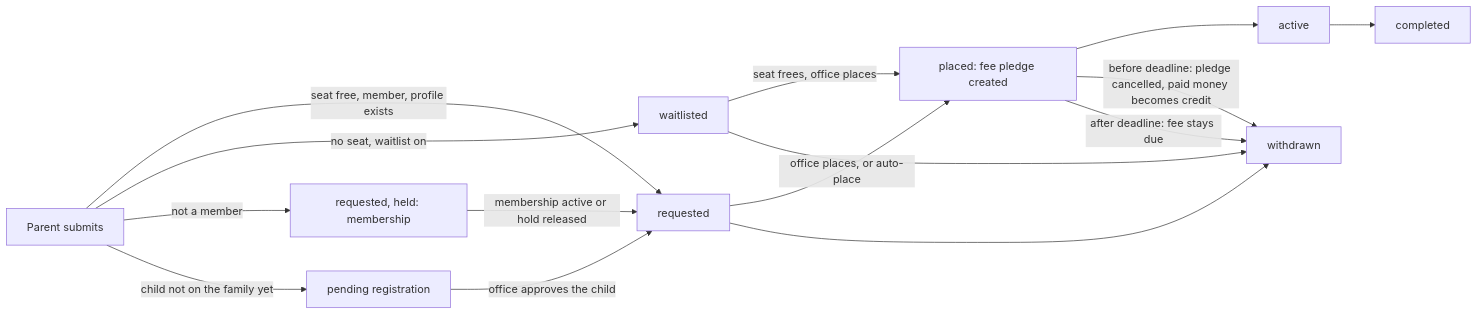
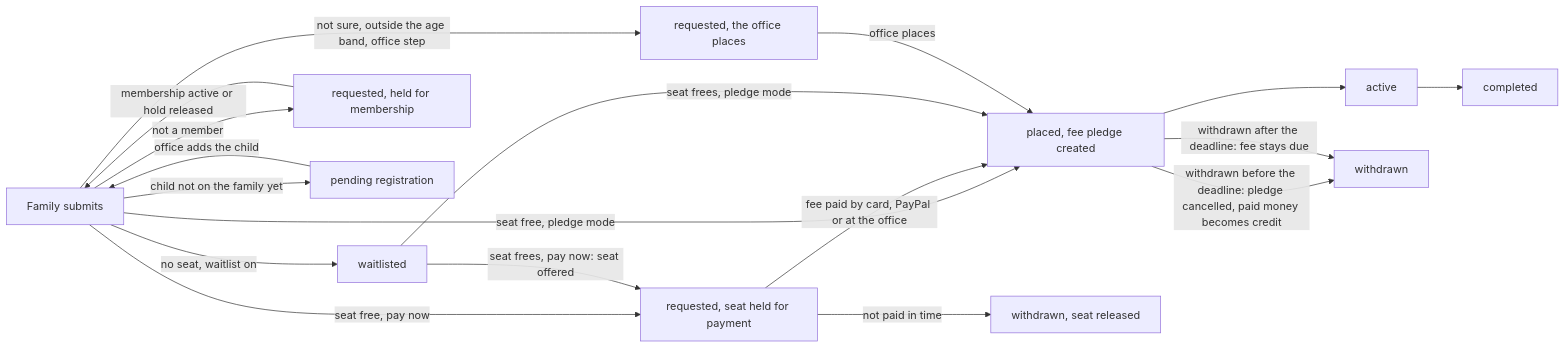
The diagram in docs/PATHSHALA_REGISTRATION_PLAN.md (malavsanghvi/connect-crm), drawn with Mermaid before and after one commit. The commit also changed other lines of this file, not shown here.

Commit message:
docs(pathshala): registration plan v2: fees per level, payment mode (pay now or pledge), adult learners, parent dashboard, app registration (owner 2026-10-06)

````diff
--- a/docs/PATHSHALA_REGISTRATION_PLAN.md
+++ b/docs/PATHSHALA_REGISTRATION_PLAN.md
@@ -144,16 +276,19 @@
 ```mermaid
 flowchart LR
-  S[Parent submits] -->|seat free, member, profile exists| R[requested]
+  S[Family submits] -->|seat free, pledge mode| P[placed, fee pledge created]
+  S -->|seat free, pay now| HP[requested, seat held for payment]
+  HP -->|fee paid by card, PayPal or at the office| P
+  HP -->|not paid in time| X[withdrawn, seat released]
   S -->|no seat, waitlist on| W[waitlisted]
-  S -->|not a member| H[requested, held: membership]
+  W -->|seat frees, pledge mode| P
+  W -->|seat frees, pay now: seat offered| HP
+  S -->|not a member| HM[requested, held for membership]
+  HM -->|membership active or hold released| S
+  S -->|not sure, outside the age band, office step| R[requested, the office places]
+  R -->|office places| P
   S -->|child not on the family yet| PR[pending registration]
-  PR -->|office approves the child| R
-  H -->|membership active or hold released| R
-  W -->|seat frees, office places| P[placed: fee pledge created]
-  R -->|office places, or auto-place| P
+  PR -->|office adds the child| S
   P --> A[active] --> C[completed]
-  R --> X[withdrawn]
-  W --> X
-  P -->|before deadline: pledge cancelled, paid money becomes credit| X
-  P -->|after deadline: fee stays due| X
+  P -->|withdrawn before the deadline: pledge cancelled, paid money becomes credit| X2[withdrawn]
+  P -->|withdrawn after the deadline: fee stays due| X2
 ```
````
